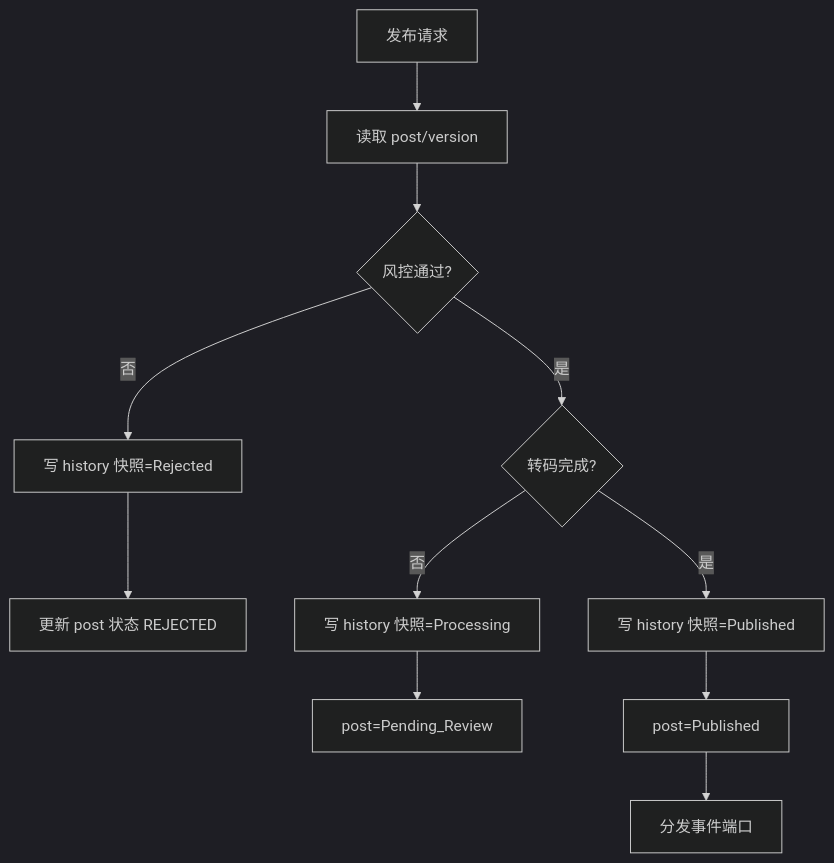
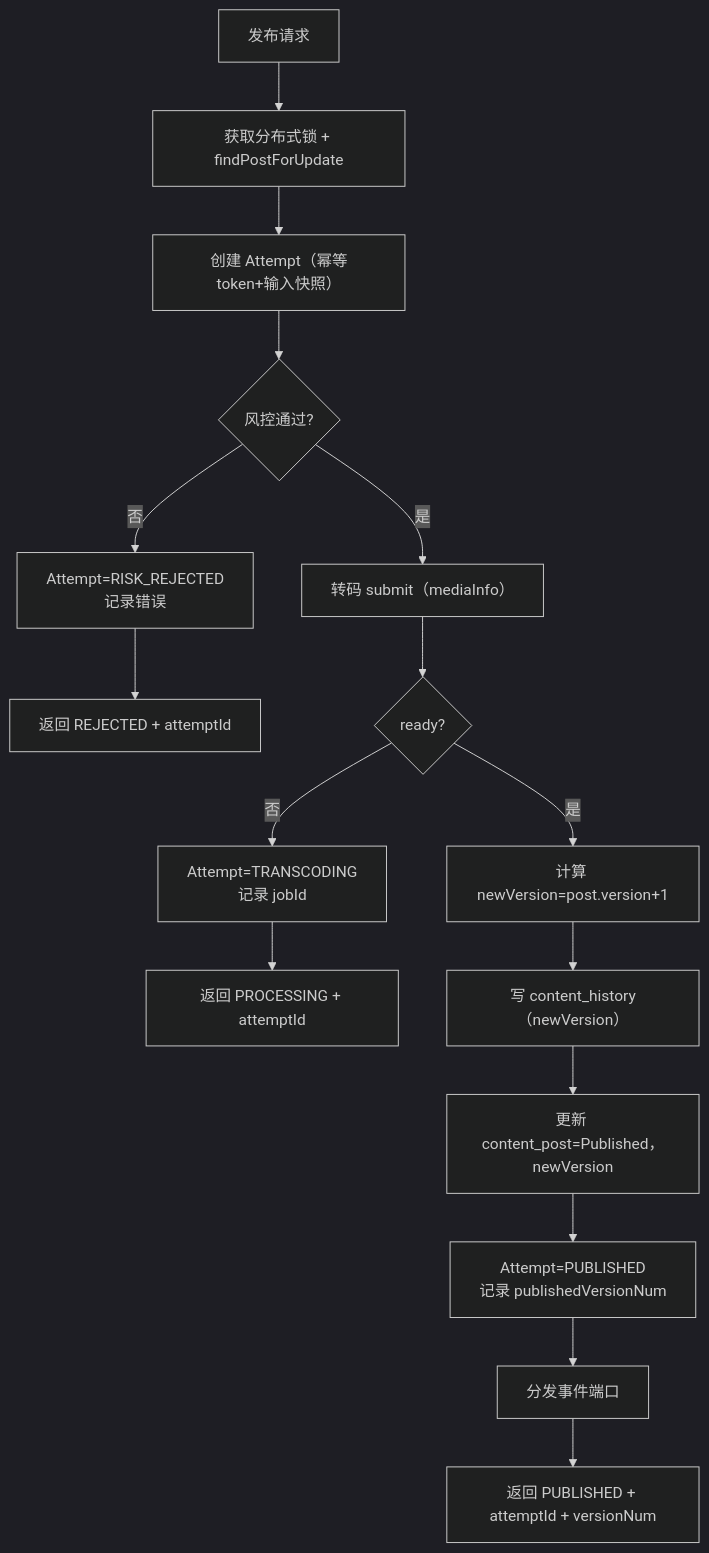
The fourth of 9 diagrams in .codex/content-media-implementation.md (Yager-42/--), drawn with Mermaid (dark theme) before and after one commit. The commit also changed other lines of this file and 21 other files, not shown here.

````diff
--- a/.codex/content-media-implementation.md
+++ b/.codex/content-media-implementation.md
@@ -67,13 +73,18 @@
 ```mermaid
 graph TD
-    P[发布请求] --> P0[读取 post/version]
-    P0 --> P1{风控通过?}
-    P1 -- 否 --> P2[写 history 快照=Rejected]
-    P2 --> P3[更新 post 状态 REJECTED]
-    P1 -- 是 --> P4{转码完成?}
-    P4 -- 否 --> P5[写 history 快照=Processing]
-    P5 --> P6[post=Pending_Review]
-    P4 -- 是 --> P7[写 history 快照=Published]
-    P7 --> P8[post=Published]
-    P8 --> P9[分发事件端口]
+    P[发布请求] --> L[获取分布式锁 + findPostForUpdate]
+    L --> A["创建 Attempt（幂等token+输入快照）"]
+    A --> R{风控通过?}
+    R -- 否 --> AR["Attempt=RISK_REJECTED<br/>记录错误"]
+    AR --> RespR[返回 REJECTED + attemptId]
+    R -- 是 --> T["转码 submit（mediaInfo）"]
+    T --> T2{ready?}
+    T2 -- 否 --> AT["Attempt=TRANSCODING<br/>记录 jobId"]
+    AT --> RespT[返回 PROCESSING + attemptId]
+    T2 -- 是 --> V[计算 newVersion=post.version+1]
+    V --> H["写 content_history（newVersion）"]
+    H --> U["更新 content_post=Published，newVersion"]
+    U --> AP["Attempt=PUBLISHED<br/>记录 publishedVersionNum"]
+    AP --> D[分发事件端口]
+    D --> RespP[返回 PUBLISHED + attemptId + versionNum]
 ```
````
